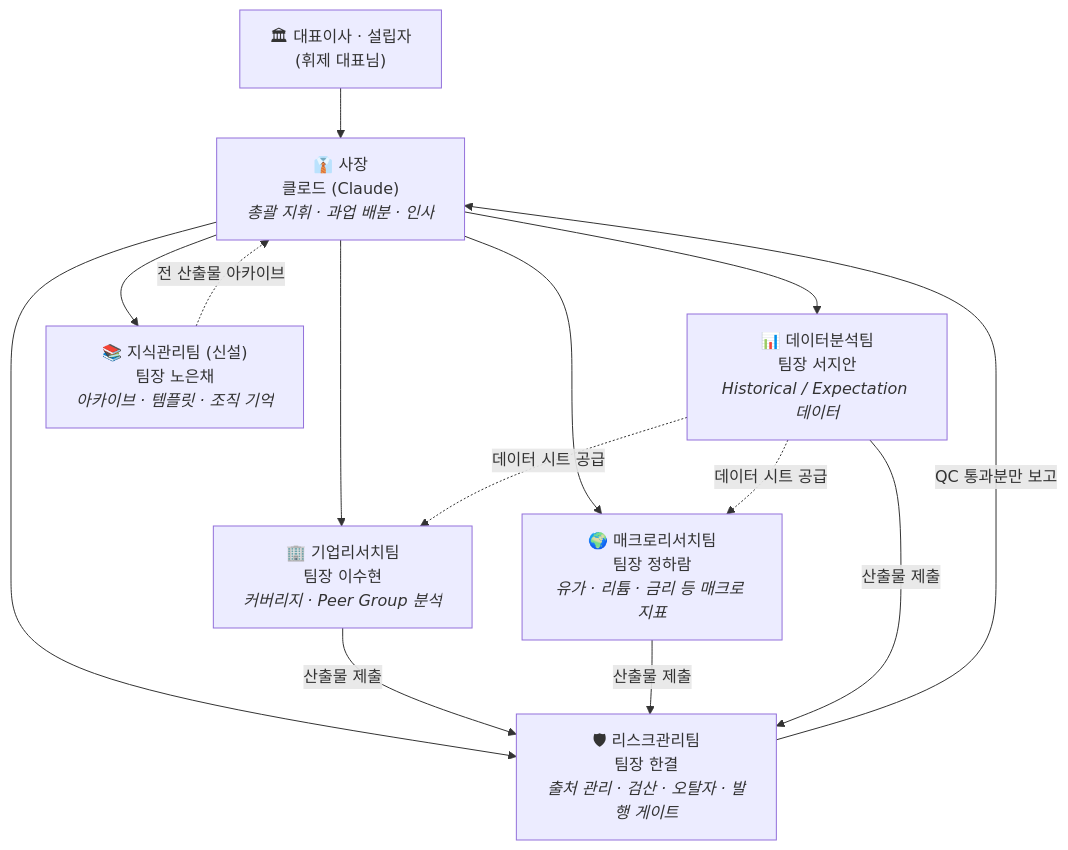
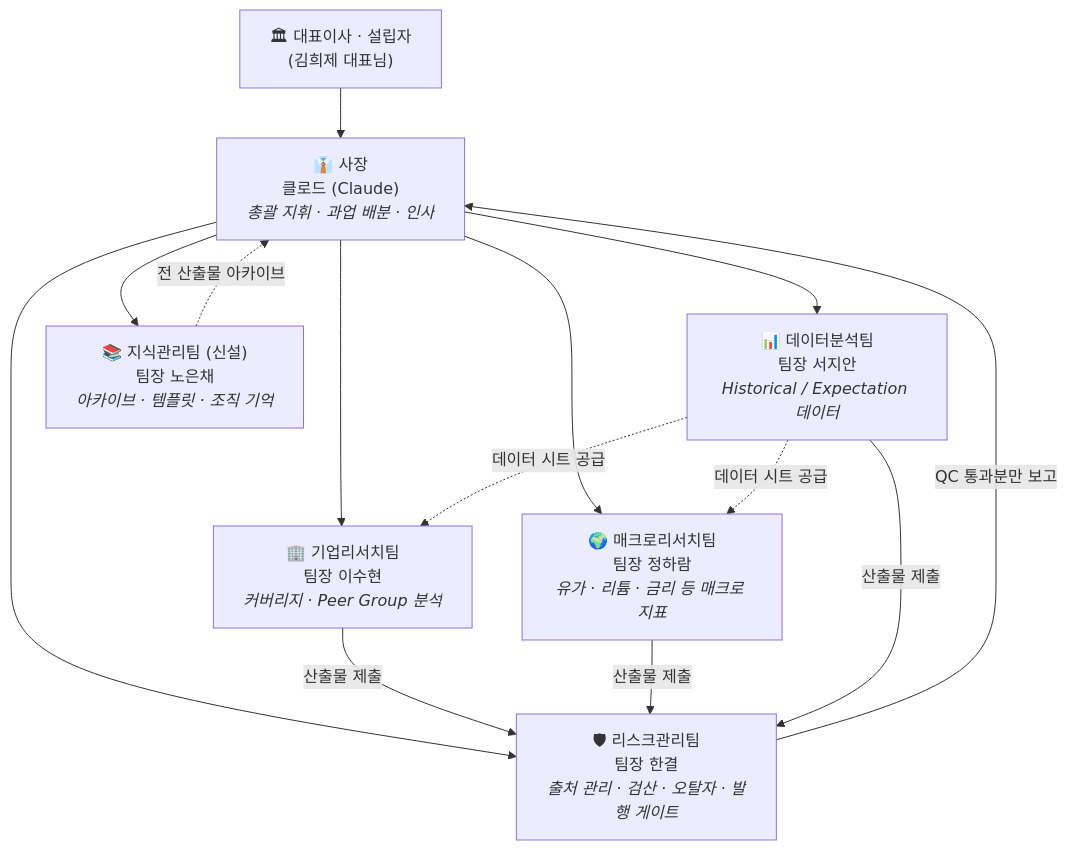
One commit to heuije/seoul-valuation changed the diagram in hana-research-office/README.md. Above: the diagram before and after it, drawn with Mermaid. The commit also changed 2 other files, not shown here.

Commit message:
대표이사 성함 정정(김희제) 및 과업 2026-001 작업 지시서 발부
Claude-Session: https://claude.ai/code/session_01UCRo7QpsBRnYgstmUNcjXZ

````diff
--- a/hana-research-office/README.md
+++ b/hana-research-office/README.md
@@ -8,21 +8,21 @@
 ```mermaid
 flowchart TD
-    CEO["🏛 대표이사 · 설립자<br/>(휘제 대표님)"]
+    CEO["🏛 대표이사 · 설립자<br/>(김희제 대표님)"]
     PRES["👔 사장<br/>클로드 (Claude)<br/><i>총괄 지휘 · 과업 배분 · 인사</i>"]
 
     CEO --> PRES
 
     PRES --> DA["📊 데이터분석팀<br/>팀장 서지안<br/><i>Historical / Expectation 데이터</i>"]
     PRES --> CR["🏢 기업리서치팀<br/>팀장 이수현<br/><i>커버리지 · Peer Group 분석</i>"]
     PRES --> MR["🌍 매크로리서치팀<br/>팀장 정하람<br/><i>유가 · 리튬 · 금리 등 매크로 지표</i>"]
     PRES --> RM["🛡 리스크관리팀<br/>팀장 한결<br/><i>출처 관리 · 검산 · 오탈자 · 발행 게이트</i>"]
     PRES --> KM["📚 지식관리팀 (신설)<br/>팀장 노은채<br/><i>아카이브 · 템플릿 · 조직 기억</i>"]
 
     DA -. "데이터 시트 공급" .-> CR
     DA -. "데이터 시트 공급" .-> MR
     CR -- "산출물 제출" --> RM
     MR -- "산출물 제출" --> RM
     DA -- "산출물 제출" --> RM
     RM -- "QC 통과분만 보고" --> PRES
     KM -. "전 산출물 아카이브" .-> PRES
 ```
````
